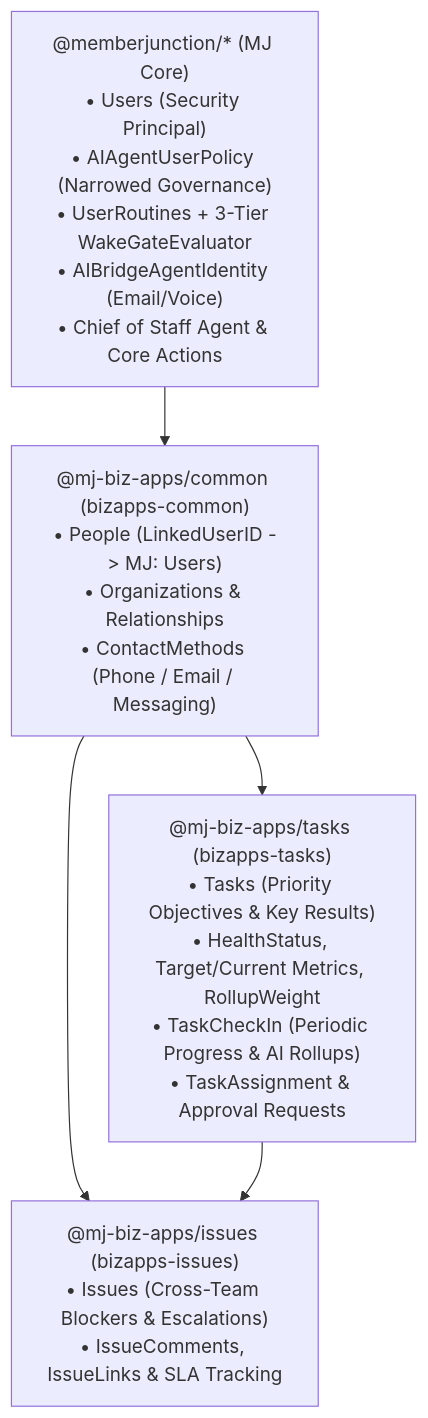
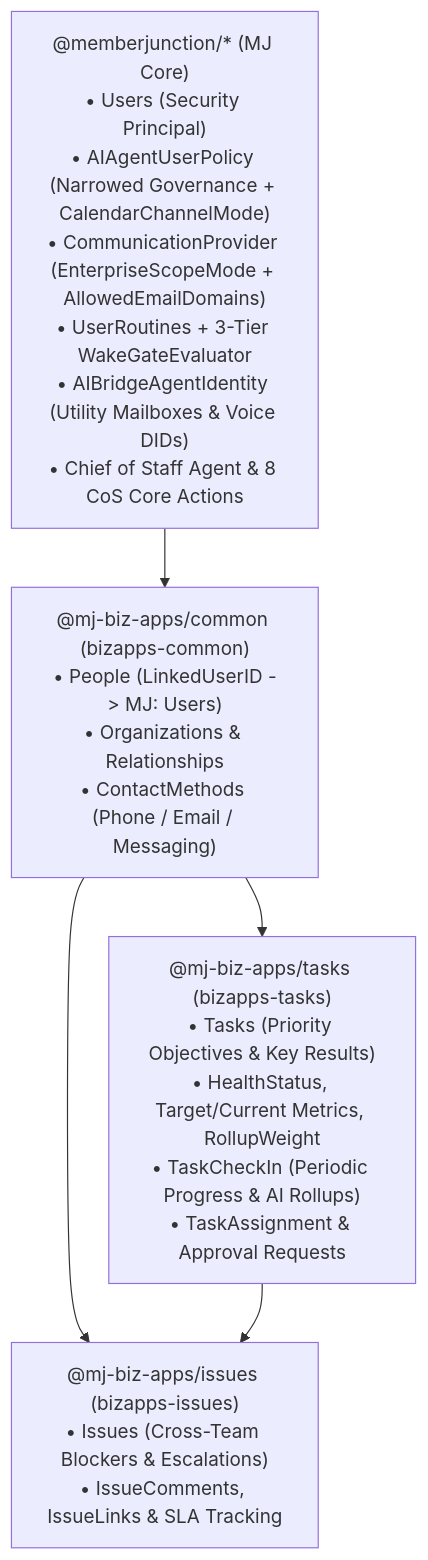
One commit to MemberJunction/MJ changed the third of 3 diagrams in guides/BUILT_IN_AGENTS_GUIDE.md. Above: the diagram before and after it, drawn with Mermaid. The commit also changed other lines of this file and 28 other files, not shown here.

Commit message:
feat(ai,communication,actions,dashboards): add enterprise mailbox security gates, calendar/free-busy/scheduling verbs, and Communication Providers governance UI

````diff
--- a/guides/BUILT_IN_AGENTS_GUIDE.md
+++ b/guides/BUILT_IN_AGENTS_GUIDE.md
@@ -102,12 +102,12 @@
 ```mermaid
 flowchart TD
-    MJ["@memberjunction/* (MJ Core)<br/>• Users (Security Principal)<br/>• AIAgentUserPolicy (Narrowed Governance)<br/>• UserRoutines + 3-Tier WakeGateEvaluator<br/>• AIBridgeAgentIdentity (Email/Voice)<br/>• Chief of Staff Agent & Core Actions"]
+    MJ["@memberjunction/* (MJ Core)<br/>• Users (Security Principal)<br/>• AIAgentUserPolicy (Narrowed Governance + CalendarChannelMode)<br/>• CommunicationProvider (EnterpriseScopeMode + AllowedEmailDomains)<br/>• UserRoutines + 3-Tier WakeGateEvaluator<br/>• AIBridgeAgentIdentity (Utility Mailboxes & Voice DIDs)<br/>• Chief of Staff Agent & 8 CoS Core Actions"]
     Common["@mj-biz-apps/common (bizapps-common)<br/>• People (LinkedUserID -> MJ: Users)<br/>• Organizations & Relationships<br/>• ContactMethods (Phone / Email / Messaging)"]
     Tasks["@mj-biz-apps/tasks (bizapps-tasks)<br/>• Tasks (Priority Objectives & Key Results)<br/>• HealthStatus, Target/Current Metrics, RollupWeight<br/>• TaskCheckIn (Periodic Progress & AI Rollups)<br/>• TaskAssignment & Approval Requests"]
     Issues["@mj-biz-apps/issues (bizapps-issues)<br/>• Issues (Cross-Team Blockers & Escalations)<br/>• IssueComments, IssueLinks & SLA Tracking"]
 
     MJ --> Common
     Common --> Tasks
     Common --> Issues
     Tasks --> Issues
 ```
````
